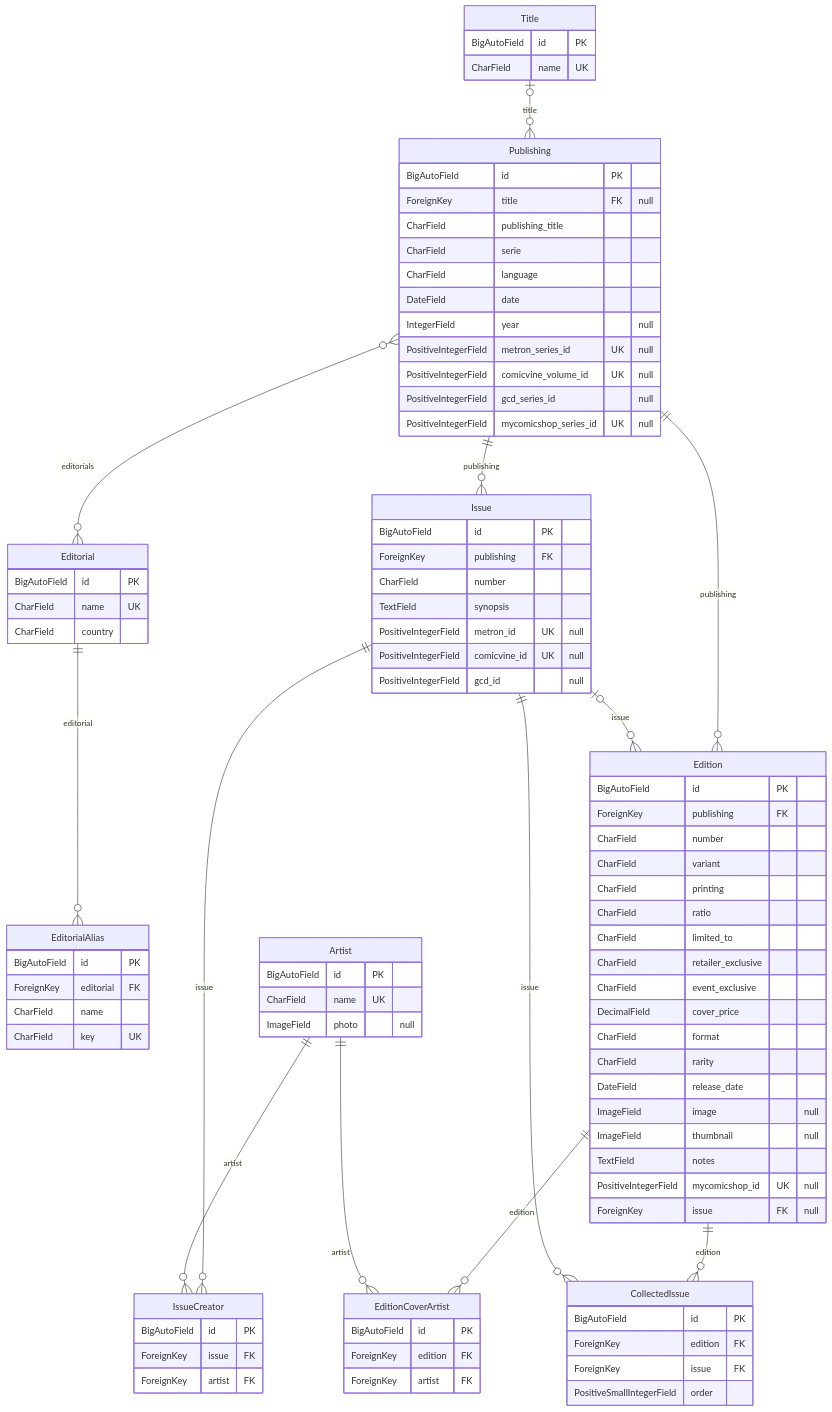
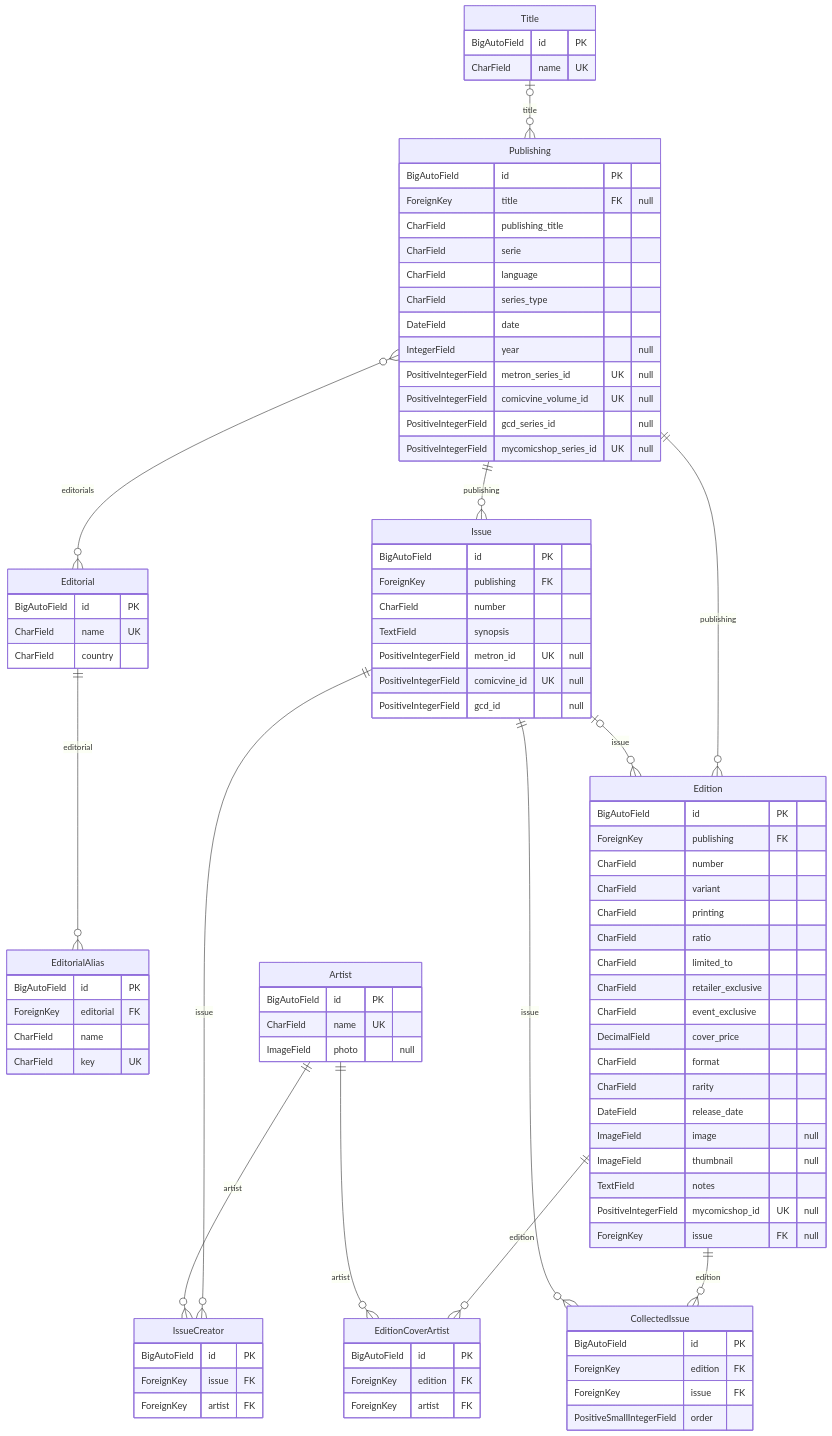
One commit to DeadSpawnZ/comics changed the third of 9 diagrams in README.md. Above: the diagram before and after it, drawn with Mermaid. The commit also changed 16 other files, not shown here.

First line of the commit message:
feat(publishings): add a series type to tell collected lines apart

```diff
--- a/README.md
+++ b/README.md
@@ -183,6 +183,7 @@
         CharField publishing_title
         CharField serie
         CharField language
+        CharField series_type
         DateField date
         IntegerField year "null"
         PositiveIntegerField metron_series_id UK "null"
```
